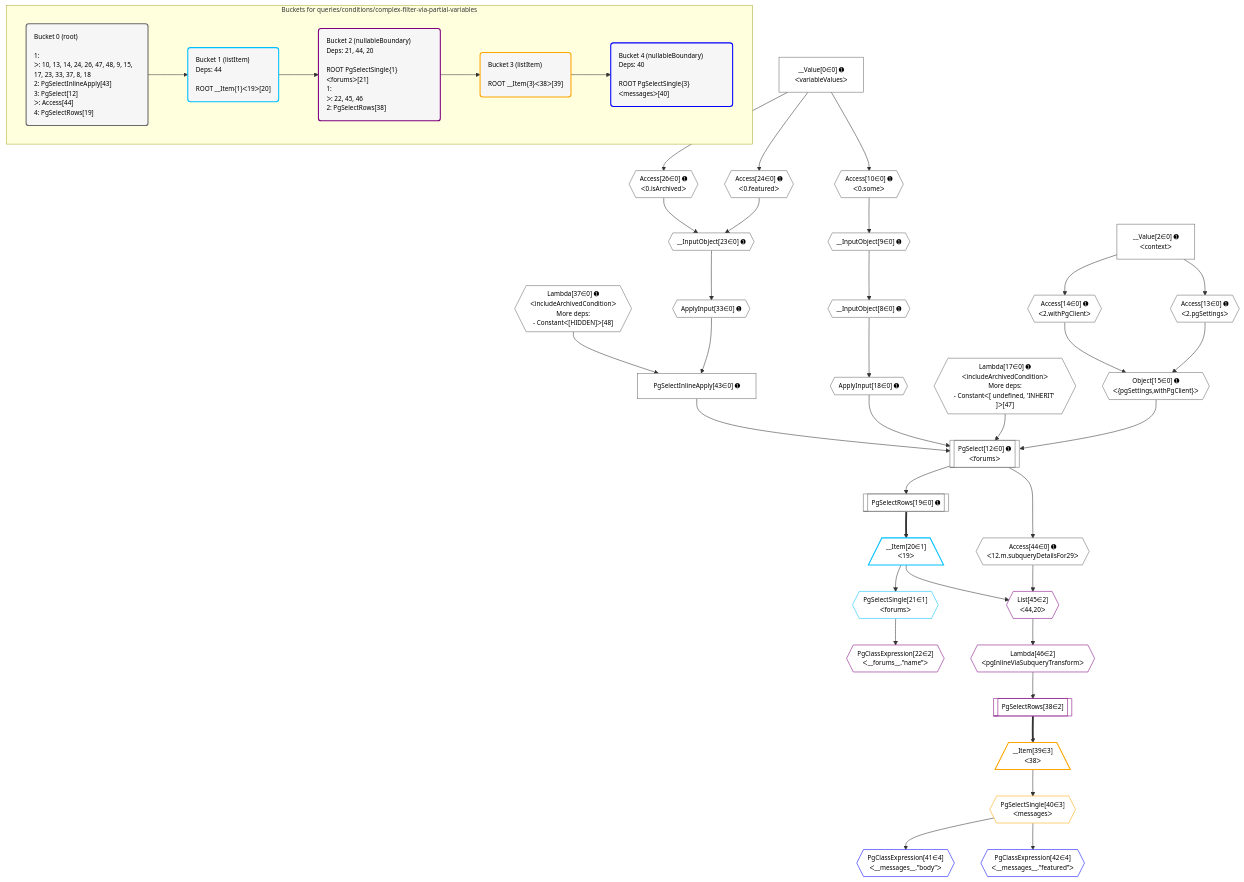
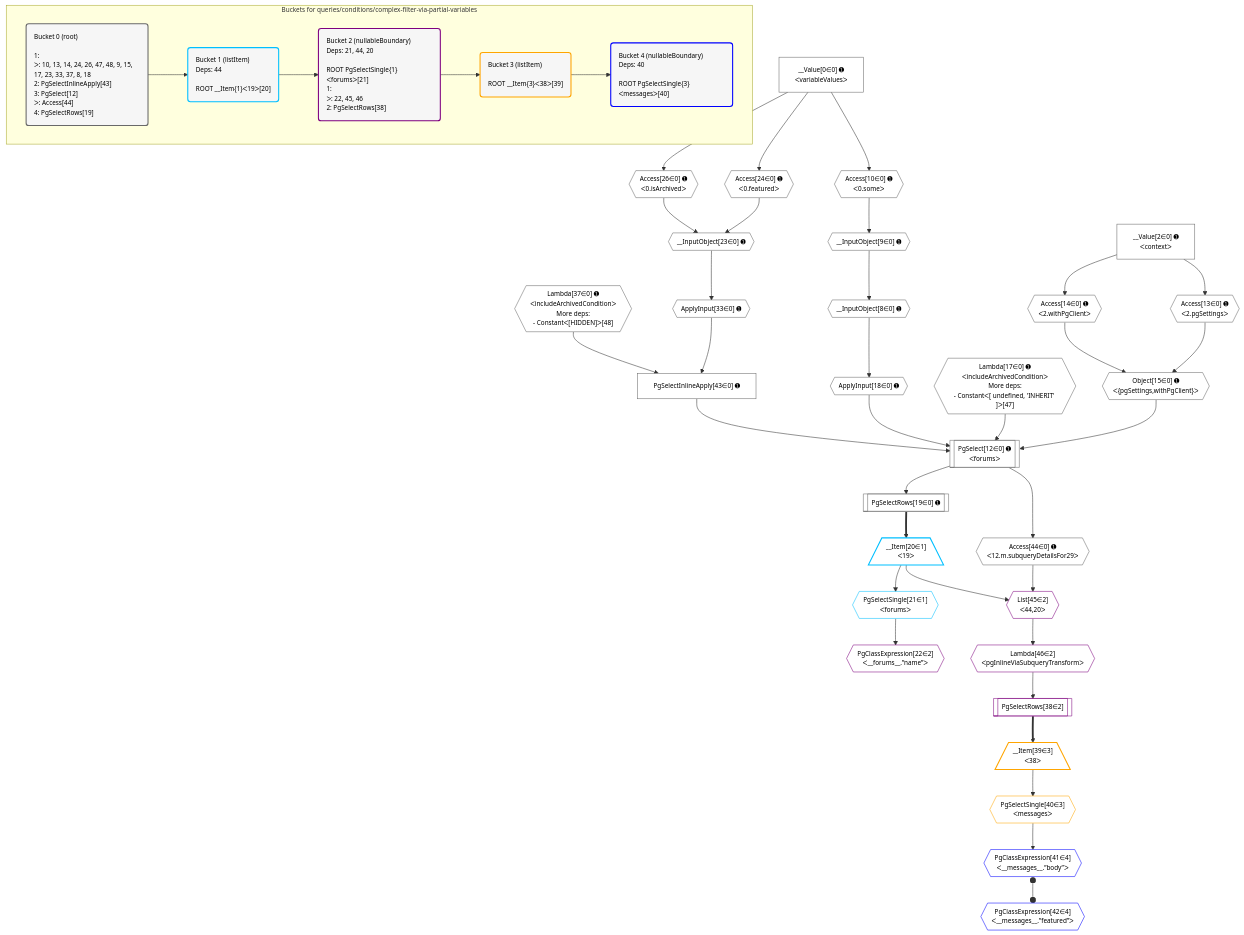
Before and after one commit to graphile/crystal: the diagram in grafast/dataplan-pg/__tests__/queries/conditions/complex-filter-via-partial-variables.mermaid, drawn with Mermaid. The commit also changed 333 other files, not shown here.

```diff
--- a/grafast/dataplan-pg/__tests__/queries/conditions/complex-filter-via-partial-variables.mermaid
+++ b/grafast/dataplan-pg/__tests__/queries/conditions/complex-filter-via-partial-variables.mermaid
@@ -1,88 +1,88 @@
 %%{init: {'themeVariables': { 'fontSize': '12px'}}}%%
 graph TD
     classDef path fill:#eee,stroke:#000,color:#000
     classDef plan fill:#fff,stroke-width:1px,color:#000
     classDef itemplan fill:#fff,stroke-width:2px,color:#000
     classDef unbatchedplan fill:#dff,stroke-width:1px,color:#000
     classDef sideeffectplan fill:#fcc,stroke-width:2px,color:#000
     classDef bucket fill:#f6f6f6,color:#000,stroke-width:2px,text-align:left
 
     subgraph "Buckets for queries/conditions/complex-filter-via-partial-variables"
     Bucket0("Bucket 0 (root)<br /><br />1: <br />ᐳ: 10, 13, 14, 24, 26, 47, 48, 9, 15, 17, 23, 33, 37, 8, 18<br />2: PgSelectInlineApply[43]<br />3: PgSelect[12]<br />ᐳ: Access[44]<br />4: PgSelectRows[19]"):::bucket
     Bucket1("Bucket 1 (listItem)<br />Deps: 44<br /><br />ROOT __Item{1}ᐸ19ᐳ[20]"):::bucket
     Bucket2("Bucket 2 (nullableBoundary)<br />Deps: 21, 44, 20<br /><br />ROOT PgSelectSingle{1}ᐸforumsᐳ[21]<br />1: <br />ᐳ: 22, 45, 46<br />2: PgSelectRows[38]"):::bucket
     Bucket3("Bucket 3 (listItem)<br /><br />ROOT __Item{3}ᐸ38ᐳ[39]"):::bucket
     Bucket4("Bucket 4 (nullableBoundary)<br />Deps: 40<br /><br />ROOT PgSelectSingle{3}ᐸmessagesᐳ[40]"):::bucket
     end
     Bucket0 --> Bucket1
     Bucket1 --> Bucket2
     Bucket2 --> Bucket3
     Bucket3 --> Bucket4
 
     %% plan dependencies
     PgSelect12[["PgSelect[12∈0] ➊<br />ᐸforumsᐳ"]]:::plan
     Object15{{"Object[15∈0] ➊<br />ᐸ{pgSettings,withPgClient}ᐳ"}}:::plan
     Lambda17{{"Lambda[17∈0] ➊<br />ᐸincludeArchivedConditionᐳ<br />More deps:<br />- Constantᐸ[ undefined, 'INHERIT' ]ᐳ[47]"}}:::plan
     ApplyInput18{{"ApplyInput[18∈0] ➊"}}:::plan
     PgSelectInlineApply43["PgSelectInlineApply[43∈0] ➊"]:::plan
     Object15 & Lambda17 & ApplyInput18 & PgSelectInlineApply43 --> PgSelect12
     Access13{{"Access[13∈0] ➊<br />ᐸ2.pgSettingsᐳ"}}:::plan
     Access14{{"Access[14∈0] ➊<br />ᐸ2.withPgClientᐳ"}}:::plan
     Access13 & Access14 --> Object15
     __InputObject23{{"__InputObject[23∈0] ➊"}}:::plan
     Access24{{"Access[24∈0] ➊<br />ᐸ0.featuredᐳ"}}:::plan
     Access26{{"Access[26∈0] ➊<br />ᐸ0.isArchivedᐳ"}}:::plan
     Access24 & Access26 --> __InputObject23
     ApplyInput33{{"ApplyInput[33∈0] ➊"}}:::plan
     Lambda37{{"Lambda[37∈0] ➊<br />ᐸincludeArchivedConditionᐳ<br />More deps:<br />- Constantᐸ[HIDDEN]ᐳ[48]"}}:::plan
     ApplyInput33 & Lambda37 --> PgSelectInlineApply43
     __InputObject8{{"__InputObject[8∈0] ➊"}}:::plan
     __InputObject9{{"__InputObject[9∈0] ➊"}}:::plan
     __InputObject9 --> __InputObject8
     Access10{{"Access[10∈0] ➊<br />ᐸ0.someᐳ"}}:::plan
     Access10 --> __InputObject9
     __Value0["__Value[0∈0] ➊<br />ᐸvariableValuesᐳ"]:::plan
     __Value0 --> Access10
     __Value2["__Value[2∈0] ➊<br />ᐸcontextᐳ"]:::plan
     __Value2 --> Access13
     __Value2 --> Access14
     __InputObject8 --> ApplyInput18
     PgSelectRows19[["PgSelectRows[19∈0] ➊"]]:::plan
     PgSelect12 --> PgSelectRows19
     __Value0 --> Access24
     __Value0 --> Access26
     __InputObject23 --> ApplyInput33
     Access44{{"Access[44∈0] ➊<br />ᐸ12.m.subqueryDetailsFor29ᐳ"}}:::plan
     PgSelect12 --> Access44
     __Item20[/"__Item[20∈1]<br />ᐸ19ᐳ"\]:::itemplan
     PgSelectRows19 ==> __Item20
     PgSelectSingle21{{"PgSelectSingle[21∈1]<br />ᐸforumsᐳ"}}:::plan
     __Item20 --> PgSelectSingle21
     List45{{"List[45∈2]<br />ᐸ44,20ᐳ"}}:::plan
     Access44 & __Item20 --> List45
     PgClassExpression22{{"PgClassExpression[22∈2]<br />ᐸ__forums__.”name”ᐳ"}}:::plan
     PgSelectSingle21 --> PgClassExpression22
     PgSelectRows38[["PgSelectRows[38∈2]"]]:::plan
     Lambda46{{"Lambda[46∈2]<br />ᐸpgInlineViaSubqueryTransformᐳ"}}:::plan
     Lambda46 --> PgSelectRows38
     List45 --> Lambda46
     __Item39[/"__Item[39∈3]<br />ᐸ38ᐳ"\]:::itemplan
     PgSelectRows38 ==> __Item39
     PgSelectSingle40{{"PgSelectSingle[40∈3]<br />ᐸmessagesᐳ"}}:::plan
     __Item39 --> PgSelectSingle40
     PgClassExpression41{{"PgClassExpression[41∈4]<br />ᐸ__messages__.”body”ᐳ"}}:::plan
     PgSelectSingle40 --> PgClassExpression41
     PgClassExpression42{{"PgClassExpression[42∈4]<br />ᐸ__messages__.”featured”ᐳ"}}:::plan
-    PgSelectSingle40 --> PgClassExpression42
+    PgClassExpression41 o--o PgClassExpression42
 
     %% define steps
     classDef bucket0 stroke:#696969
     class Bucket0,__Value0,__Value2,__InputObject8,__InputObject9,Access10,PgSelect12,Access13,Access14,Object15,Lambda17,ApplyInput18,PgSelectRows19,__InputObject23,Access24,Access26,ApplyInput33,Lambda37,PgSelectInlineApply43,Access44 bucket0
     classDef bucket1 stroke:#00bfff
     class Bucket1,__Item20,PgSelectSingle21 bucket1
     classDef bucket2 stroke:#7f007f
     class Bucket2,PgClassExpression22,PgSelectRows38,List45,Lambda46 bucket2
     classDef bucket3 stroke:#ffa500
     class Bucket3,__Item39,PgSelectSingle40 bucket3
     classDef bucket4 stroke:#0000ff
     class Bucket4,PgClassExpression41,PgClassExpression42 bucket4
```
